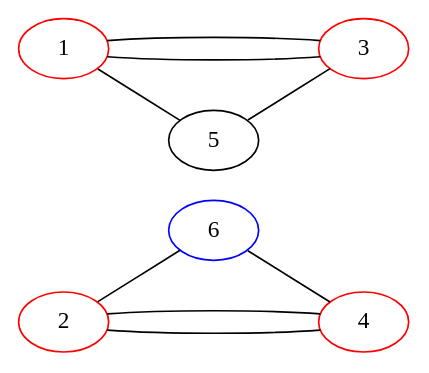
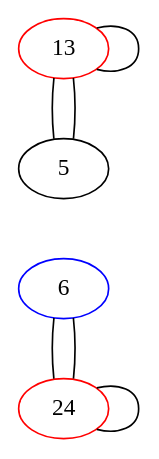
The diagram in sprouts/start_2_nodes_reduced/12231.dot (bilboquet/gamelib), drawn with Graphviz before and after one commit. The commit also changed 10 other files, not shown here.

```diff
--- a/sprouts/start_2_nodes_reduced/12231.dot
+++ b/sprouts/start_2_nodes_reduced/12231.dot
@@ -1,40 +1,13 @@
 graph {
-  rankdir="LR";
-  1 -- 3;
-  1 -- 3;
-  1 -- 5;
-  5 -- 3;
-  2 -- 6 -- 4;
-  2 -- 4 -- 2;
+  13 -- 13;
+  13 -- 5;
+  5 -- 13;
+  24 -- 6 -- 24;
+  24 -- 24;
   5 -- 6 [style="invis"];
-
-  {
-    rank="same";
-    1;
-    2;
-
-  }
-
-
-  {
-    rank="same";
-    3;
-    4;
-
-  }
-
-
-  {
-    rank="same";
-    5;
-    6;
-
-  }
-
-  1 [color="red"];
-  2 [color="red"];
-  3 [color="red"];
-  4 [color="red"];
+  13 [color="red"];
+  24 [color="red"];
+  13 [color="red"];
+  24 [color="red"];
   6 [color="blue"];
-
 }
```
